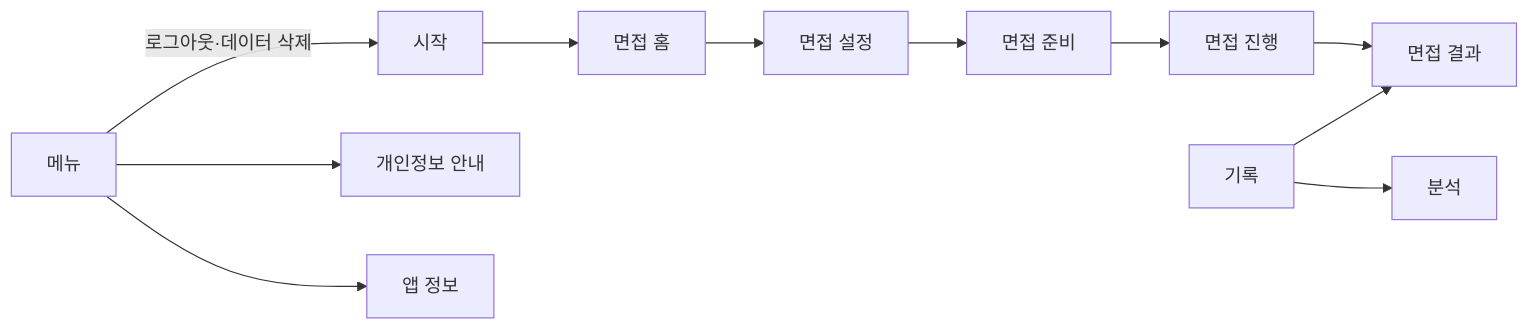
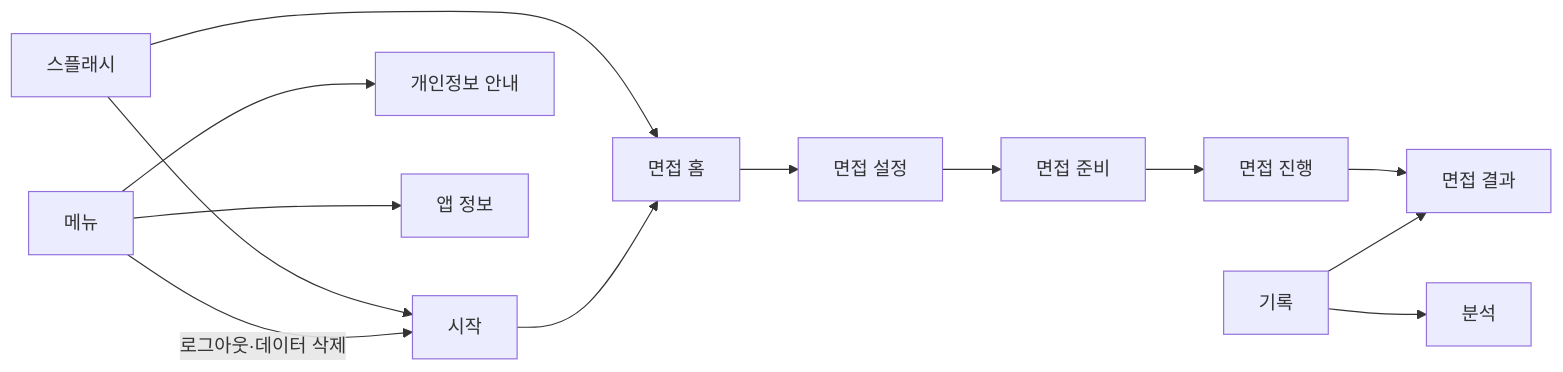
One commit to znak99/JEC-FirstStepToCareer changed the diagram in docs/ui-design/SITE_MAP.md. Above: the diagram before and after it, drawn with Mermaid. The commit also changed other lines of this file and 14 other files, not shown here.

````diff
--- a/docs/ui-design/SITE_MAP.md
+++ b/docs/ui-design/SITE_MAP.md
@@ -42,10 +47,12 @@
 ```mermaid
 flowchart LR
-  S00[시작] --> S01[면접 홈]
+  S13[스플래시] --> S00[시작]
+  S13 --> S01[면접 홈]
+  S00 --> S01
   S01 --> S02[면접 설정] --> S03[면접 준비] --> S04[면접 진행] --> S05[면접 결과]
   S08[기록] --> S05
   S08 --> S12[분석]
   S09[메뉴] --> S10[개인정보 안내]
   S09 --> S11[앱 정보]
   S09 -- 로그아웃·데이터 삭제 --> S00
 ```
````
